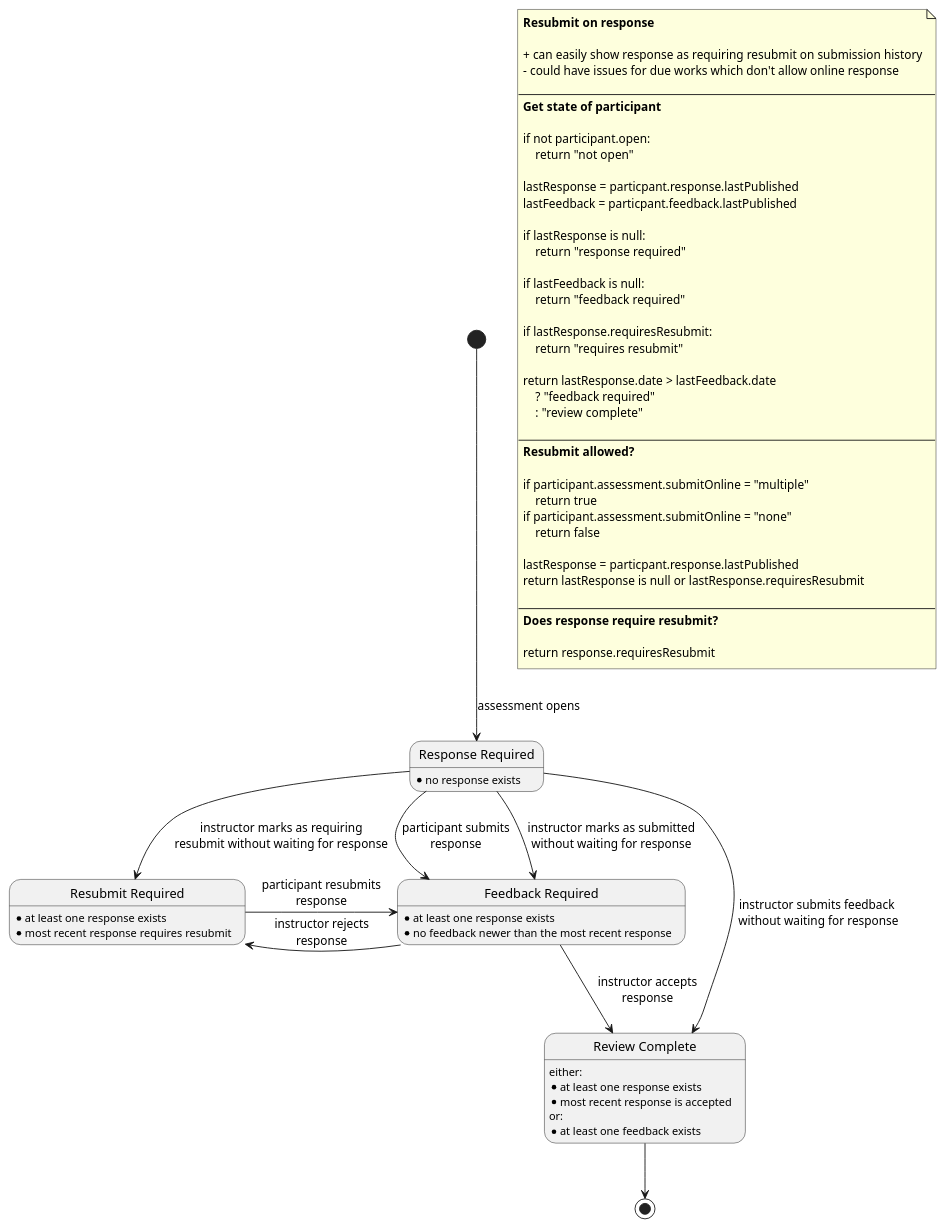
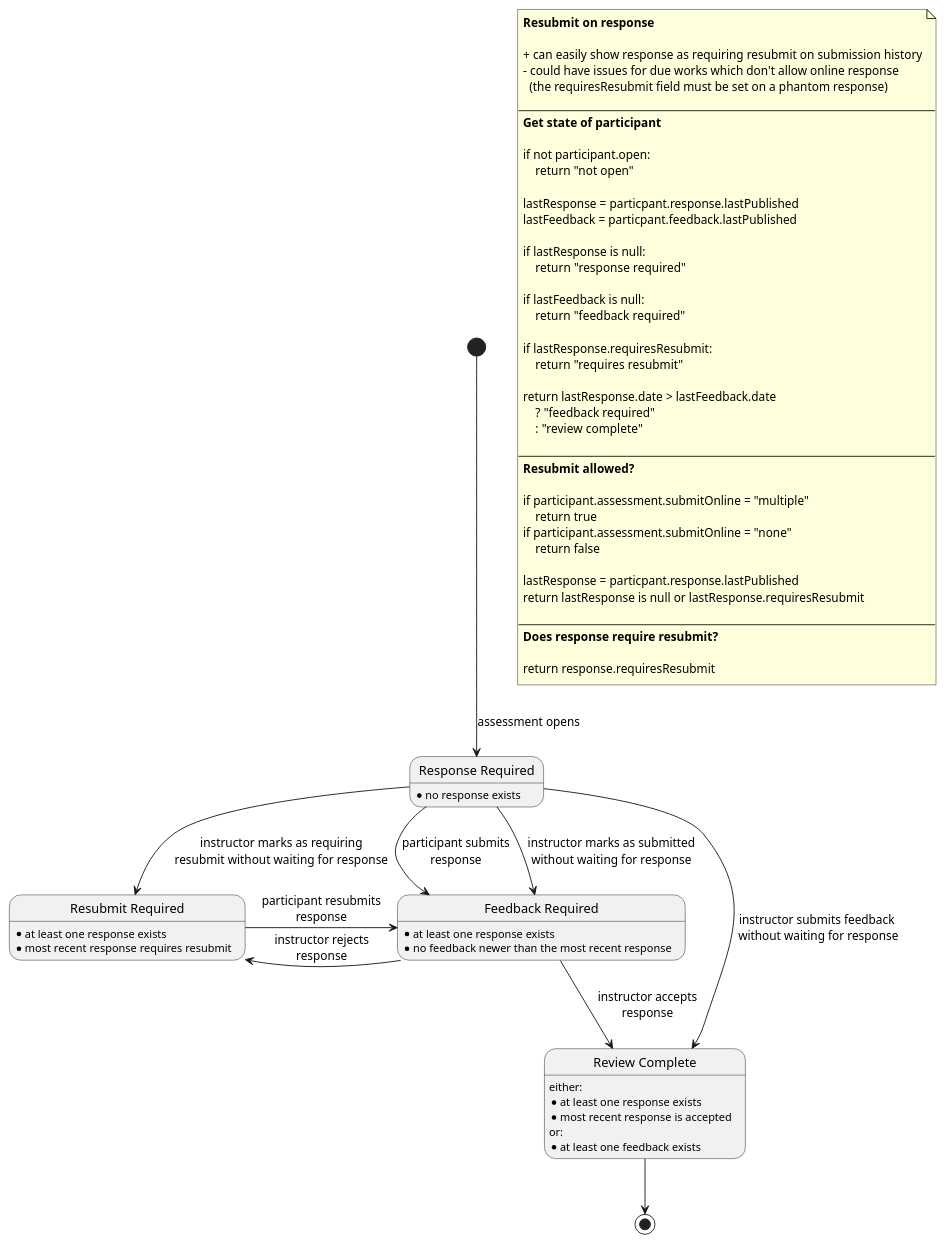
Before and after one commit to juliaattrevisan/schoolbox-api-docs: the diagram in library/Schoolbox/Learning/Assessment/DueWork/resubmit-on-response.plantuml, drawn with PlantUML. The commit also changed 1 other file, not shown here.

```diff
--- a/library/Schoolbox/Learning/Assessment/DueWork/resubmit-on-response.plantuml
+++ b/library/Schoolbox/Learning/Assessment/DueWork/resubmit-on-response.plantuml
@@ -1,80 +1,81 @@
 @startuml
 
 note as n1
     <b>Resubmit on response</b>
 
     + can easily show response as requiring resubmit on submission history
     - could have issues for due works which don't allow online response
+      (the requiresResubmit field must be set on a phantom response)
 
     ----
     <b>Get state of participant</b>
 
     if not participant.open:
         return "not open"
 
     lastResponse = particpant.response.lastPublished
     lastFeedback = particpant.feedback.lastPublished
 
     if lastResponse is null:
         return "response required"
 
     if lastFeedback is null:
         return "feedback required"
 
     if lastResponse.requiresResubmit:
         return "requires resubmit"
 
     return lastResponse.date > lastFeedback.date
         ? "feedback required"
         : "review complete"
 
     ----
     <b>Resubmit allowed?</b>
 
     if participant.assessment.submitOnline = "multiple"
         return true
     if participant.assessment.submitOnline = "none"
         return false
 
     lastResponse = particpant.response.lastPublished
     return lastResponse is null or lastResponse.requiresResubmit
 
     ----
     <b>Does response require resubmit?</b>
 
     return response.requiresResubmit
 end note
 
 state "Response Required" as RR
 RR : \
 * no response exists
 
 state "Feedback Required" as FR
 FR : \
 * at least one response exists\n\
 * no feedback newer than the most recent response
 
 state "Review Complete" as RC
 RC : \
 either:\n\
 * at least one response exists\n\
 * most recent response is accepted\n\
 or:\n\
 * at least one feedback exists
 
 state "Resubmit Required" as RS
 RS : \
 * at least one response exists\n\
 * most recent response requires resubmit
 
 [*] --> RR : assessment opens
 RR --> FR  : participant submits\nresponse
 RR --> FR  : instructor marks as submitted\nwithout waiting for response
 RR --> RC  : instructor submits feedback\n without waiting for response
 RR --> RS  : instructor marks as requiring\nresubmit without waiting for response
 FR --> RC  : instructor accepts\nresponse
 FR -left-> RS : instructor rejects\nresponse
 RS -right-> FR  : participant resubmits\nresponse
 RC --> [*]
 
 @enduml
```
